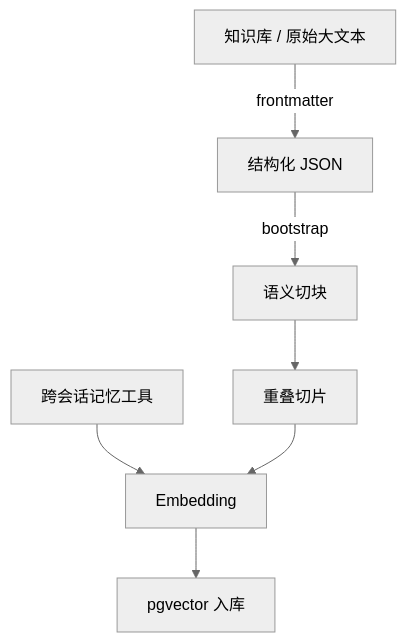
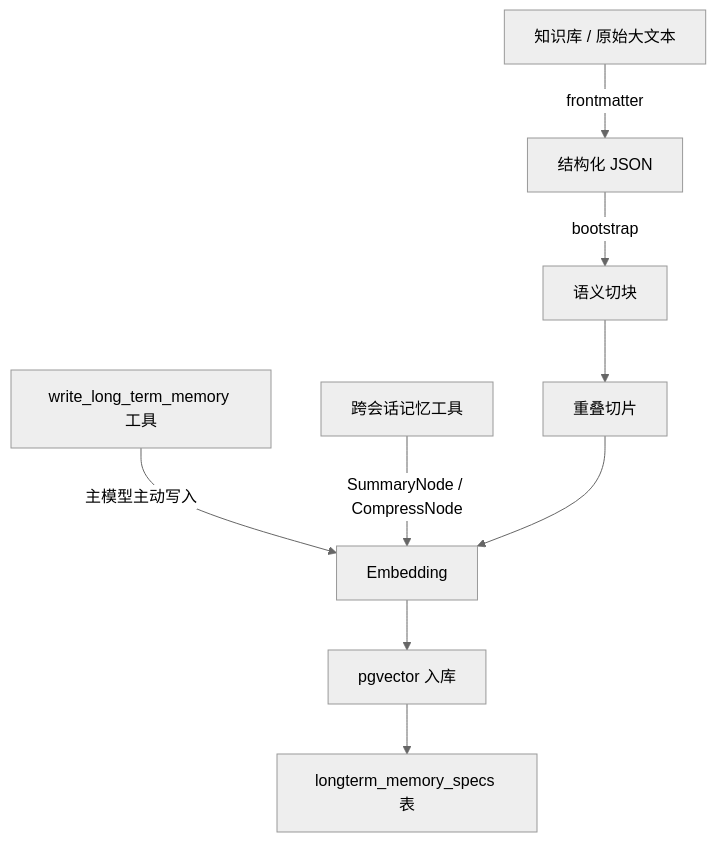
The first of 6 diagrams in README.md (xiao-Huahuo/Agent-Core-Service), drawn with Mermaid (neutral theme) before and after one commit. The commit also changed other lines of this file and 4 other files, not shown here.

````diff
--- a/README.md
+++ b/README.md
@@ -74,9 +74,11 @@
 ```mermaid
 flowchart TD
-    A[跨会话记忆工具] --> B[Embedding]
-    B --> C[pgvector 入库]
-    D[知识库 / 原始大文本] -->|frontmatter| G[结构化 JSON]
-    G -->|bootstrap| E[语义切块]
-    E --> F[重叠切片]
-    F --> B
+    A["write_long_term_memory 工具"] -->|"主模型主动写入"| H["Embedding"]
+    B["跨会话记忆工具"] -->|"SummaryNode / CompressNode"| H
+    C["知识库 / 原始大文本"] -->|"frontmatter"| G["结构化 JSON"]
+    G -->|"bootstrap"| D["语义切块"]
+    D --> E["重叠切片"]
+    E --> H
+    H --> F["pgvector 入库"]
+    F --> I["longterm_memory_specs 表"]
 ```
````
